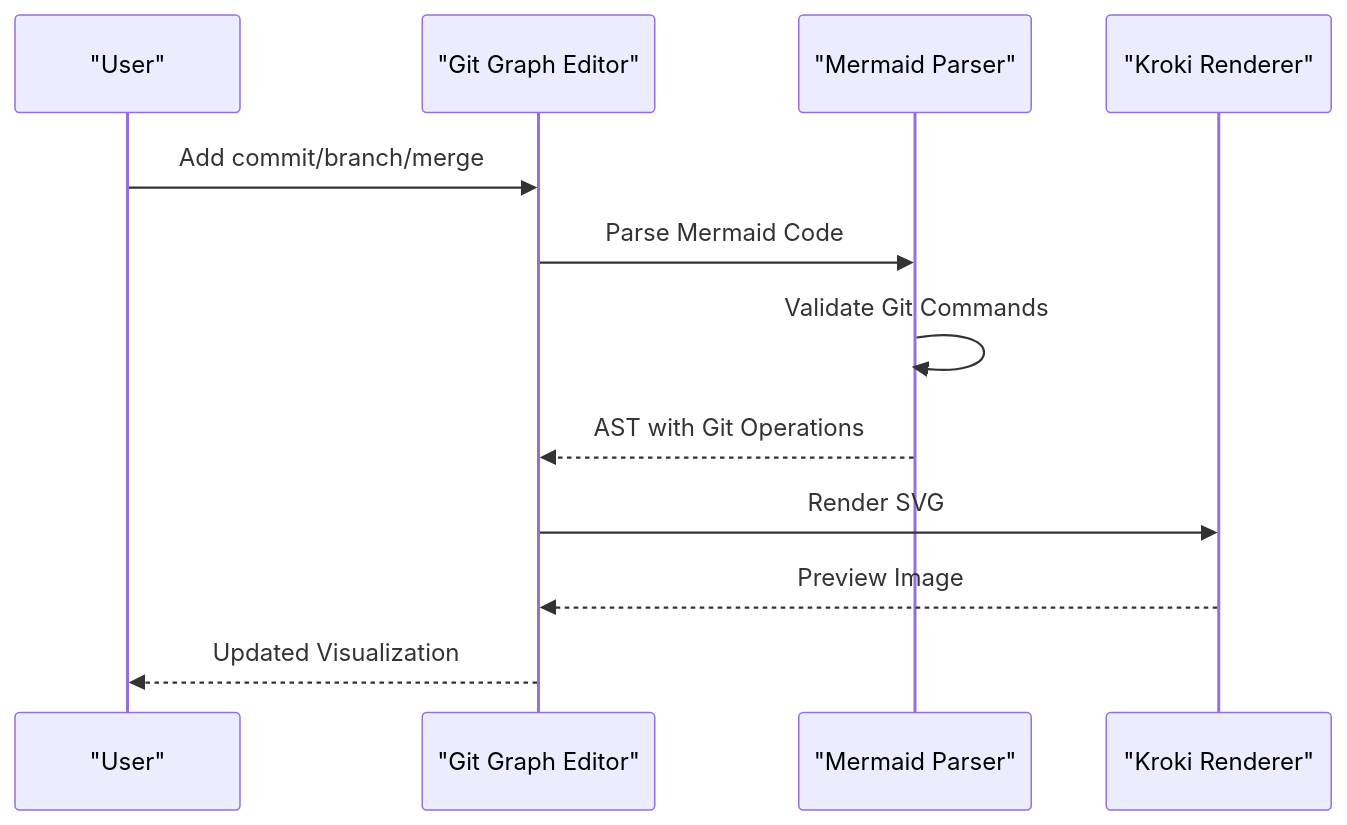
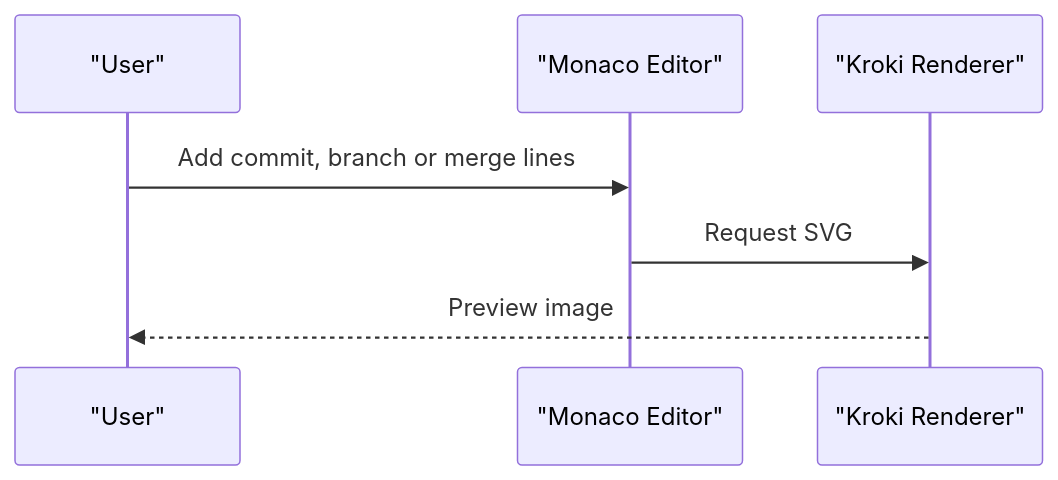
The eighth of 10 diagrams in .qoder/repowiki/en/content/Diagram Types and Formats/Mermaid Diagrams/Advanced Chart Types.md (ongchonghian/universal-diagram-editor), drawn with Mermaid before and after one commit. The commit also changed other lines of this file and 31 other files, not shown here.

````diff
--- a/.qoder/repowiki/en/content/Diagram Types and Formats/Mermaid Diagrams/Advanced Chart Types.md
+++ b/.qoder/repowiki/en/content/Diagram Types and Formats/Mermaid Diagrams/Advanced Chart Types.md
@@ -258,14 +226,9 @@
 ```mermaid
 sequenceDiagram
 participant User as "User"
-participant Editor as "Git Graph Editor"
-participant Parser as "Mermaid Parser"
+participant Monaco as "Monaco Editor"
 participant Renderer as "Kroki Renderer"
-User->>Editor : Add commit/branch/merge
-Editor->>Parser : Parse Mermaid Code
-Parser->>Parser : Validate Git Commands
-Parser-->>Editor : AST with Git Operations
-Editor->>Renderer : Render SVG
-Renderer-->>Editor : Preview Image
-Editor-->>User : Updated Visualization
+User->>Monaco: Add commit, branch or merge lines
+Monaco->>Renderer: Request SVG
+Renderer-->>User: Preview image
 ```
````
